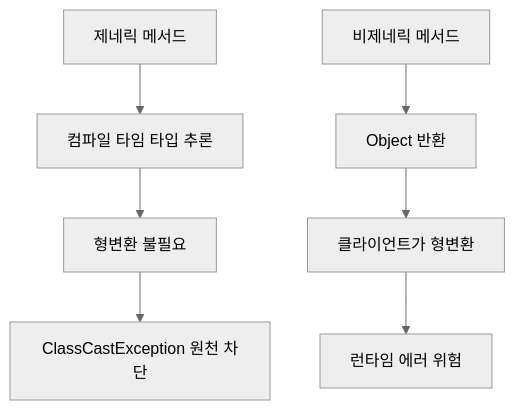
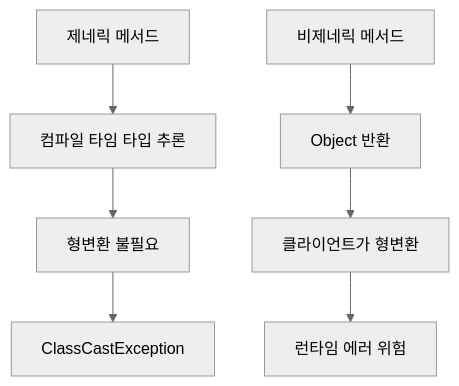
The second of 6 diagrams in _posts/effective_java/2026-05-03-effective-java-generics-enums.md (yjkim2015/yjkim2015.github.io), drawn with Mermaid (neutral theme) before and after one commit. The commit also changed other lines of this file and 271 other files, not shown here.

First line of the commit message:
Mermaid 라벨 축소: 긴 노드 텍스트 18자 이하로 트림 + \n 제거

````diff
--- a/_posts/effective_java/2026-05-03-effective-java-generics-enums.md
+++ b/_posts/effective_java/2026-05-03-effective-java-generics-enums.md
@@ -123,9 +123,9 @@
 ```mermaid
 flowchart TD
     A["제네릭 메서드"] --> B["컴파일 타임 타입 추론"]
     B --> C["형변환 불필요"]
-    C --> D["ClassCastException 원천 차단"]
+    C --> D["ClassCastException"]
     E["비제네릭 메서드"] --> F["Object 반환"]
     F --> G["클라이언트가 형변환"]
     G --> H["런타임 에러 위험"]
 ```
````
